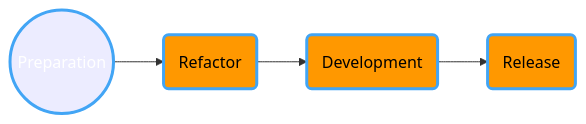
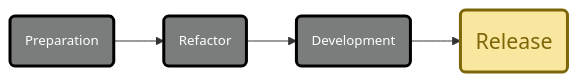
One commit to spectrum-health-systems/tingen-documentation changed the sixth of 7 diagrams in Development/Workflows/workflows.md. Above: the diagram before and after it, drawn with Mermaid. The commit also changed other lines of this file and 2 other files, not shown here.

````diff
--- a/Development/Workflows/workflows.md
+++ b/Development/Workflows/workflows.md
@@ -134,15 +280,15 @@
 ```mermaid
 flowchart LR
   %% Components
-  Preparation@{shape: circle, label: "Preparation"}
+  Preparation@{shape: rounded, label: "Preparation"}
   Refactor@{shape: rounded, label: "Refactor"}
   Development@{shape: rounded, label: "Development"}
   Release@{shape: rounded, label: "Release"}
   %% Layout
   Preparation --> Refactor --> Development --> Release
   %% Styles
-  style Preparation color:#FFF,stroke:#42a5f5,stroke-width:3px
-  style Refactor color:#000,fill:#ff9800,stroke:#42a5f5,stroke-width:3px
-  style Development color:#000,fill:#ff9800,stroke:#42a5f5,stroke-width:3px
-  style Release color:#000,fill:#ff9800,stroke:#42a5f5,stroke-width:3px
+  classDef Release stroke:#7d6608,stroke-width:3px,fill:#f9e79f,color:#7d6608,font-size:16pt
+  classDef GreyedOut stroke:#000000,stroke-width:3px,fill:#7b7d7d,color:#ffffff,font-size:10pt
+  class Release Release
+  class Preparation,Refactor,Development GreyedOut
 ```
````
